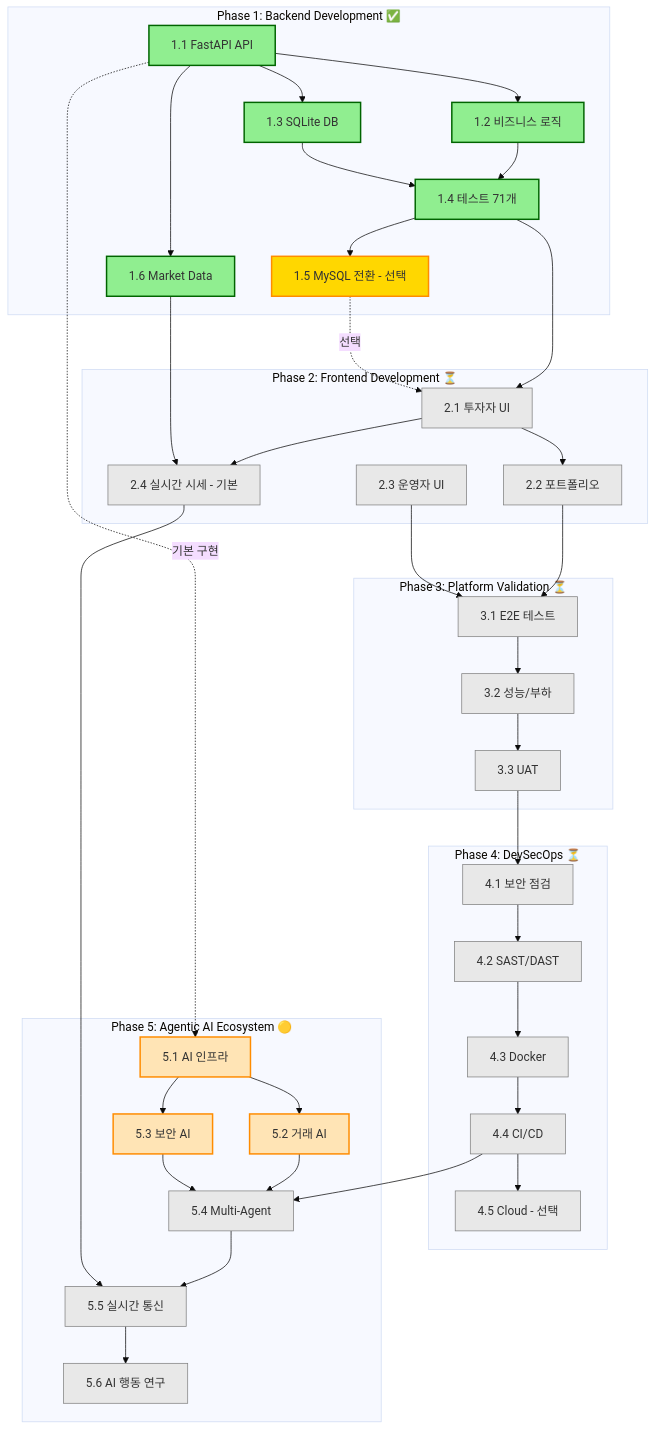
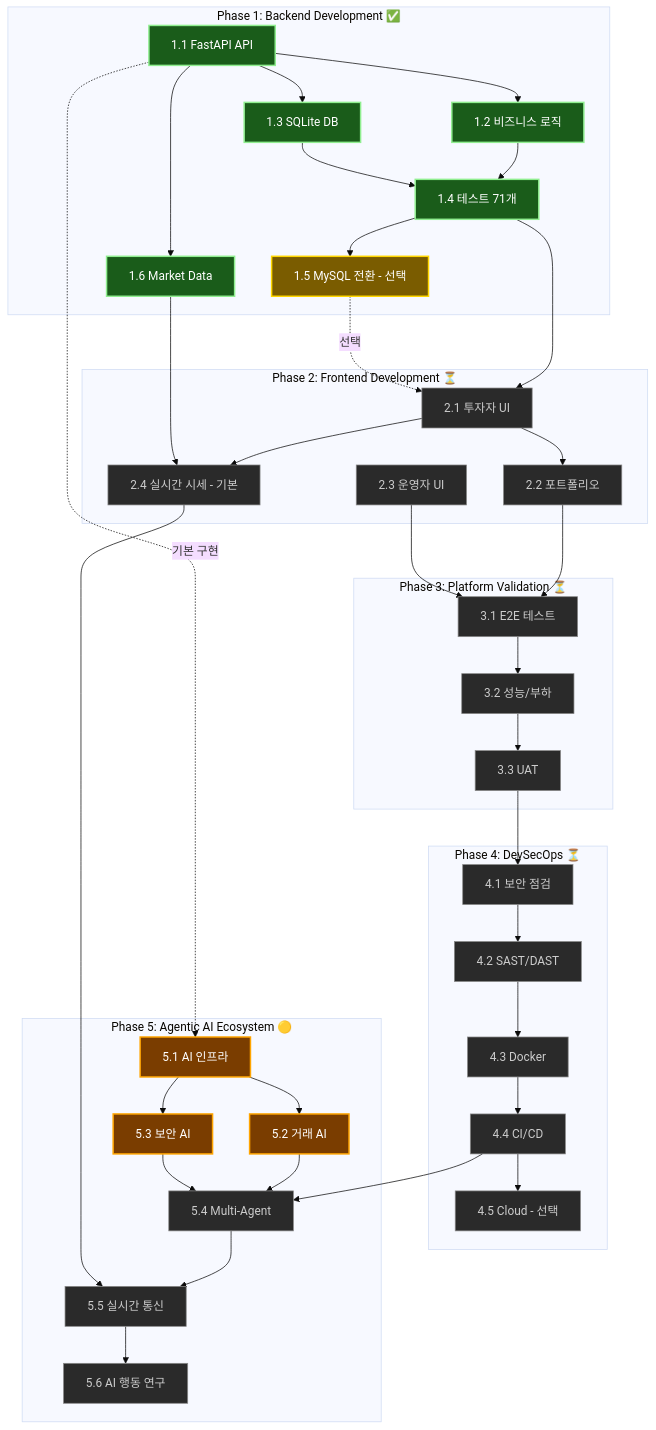
The first of 2 diagrams in README.md (phantomITer/devsecops-trading-platform-lab-with-agentic-ai), drawn with Mermaid (base theme) before and after one commit. The commit also changed other lines of this file, not shown here.

````diff
--- a/README.md
+++ b/README.md
@@ -129,76 +129,76 @@
 ```mermaid
 graph TB
     subgraph P1["Phase 1: Backend Development ✅"]
         A1[1.1 FastAPI API] --> A2[1.2 비즈니스 로직]
         A1 --> A3[1.3 SQLite DB]
         A2 --> A4[1.4 테스트 71개]
         A3 --> A4
         A4 --> A5[1.5 MySQL 전환 - 선택]
         A1 --> A6[1.6 Market Data]
     end
 
     subgraph P2["Phase 2: Frontend Development ⏳"]
         B1[2.1 투자자 UI]
         B2[2.2 포트폴리오]
         B3[2.3 운영자 UI]
         B4[2.4 실시간 시세 - 기본]
         B1 --> B2
         B1 --> B4
     end
 
     subgraph P3["Phase 3: Platform Validation ⏳"]
         C1[3.1 E2E 테스트]
         C2[3.2 성능/부하]
         C3[3.3 UAT]
         C1 --> C2
         C2 --> C3
     end
 
     subgraph P4["Phase 4: DevSecOps ⏳"]
         D1[4.1 보안 점검]
         D2[4.2 SAST/DAST]
         D3[4.3 Docker]
         D4[4.4 CI/CD]
         D5[4.5 Cloud - 선택]
         D1 --> D2
         D2 --> D3
         D3 --> D4
         D4 --> D5
     end
 
     subgraph P5["Phase 5: Agentic AI Ecosystem 🟡"]
         E1[5.1 AI 인프라]
         E2[5.2 거래 AI]
         E3[5.3 보안 AI]
         E4[5.4 Multi-Agent]
         E5[5.5 실시간 통신]
         E6[5.6 AI 행동 연구]
         E1 --> E2
         E1 --> E3
         E2 --> E4
         E3 --> E4
         E4 --> E5
         E5 --> E6
     end
 
     %% Phase 간 의존성
     A4 --> B1
     A5 -.선택.-> B1
     A6 --> B4
     B2 --> C1
     B3 --> C1
     C3 --> D1
     A1 -.기본 구현.-> E1
     B4 --> E5
     D4 --> E4
 
-    classDef completed fill:#90EE90,stroke:#006400,stroke-width:2px
-    classDef inProgress fill:#FFD700,stroke:#FF8C00,stroke-width:2px
-    classDef waiting fill:#E8E8E8,stroke:#808080,stroke-width:1px
-    classDef partial fill:#FFE4B5,stroke:#FF8C00,stroke-width:2px
+    classDef completed fill:#1a5c1a,stroke:#90EE90,stroke-width:2px,color:#ffffff
+    classDef inProgress fill:#7a5c00,stroke:#FFD700,stroke-width:2px,color:#ffffff
+    classDef waiting fill:#2a2a2a,stroke:#888888,stroke-width:1px,color:#cccccc
+    classDef partial fill:#7a3d00,stroke:#FFA500,stroke-width:2px,color:#ffffff
 
     class A1,A2,A3,A4,A6 completed
     class A5 inProgress
     class B1,B2,B3,B4,C1,C2,C3,D1,D2,D3,D4,D5,E4,E5,E6 waiting
     class E1,E2,E3 partial
 ```
````
